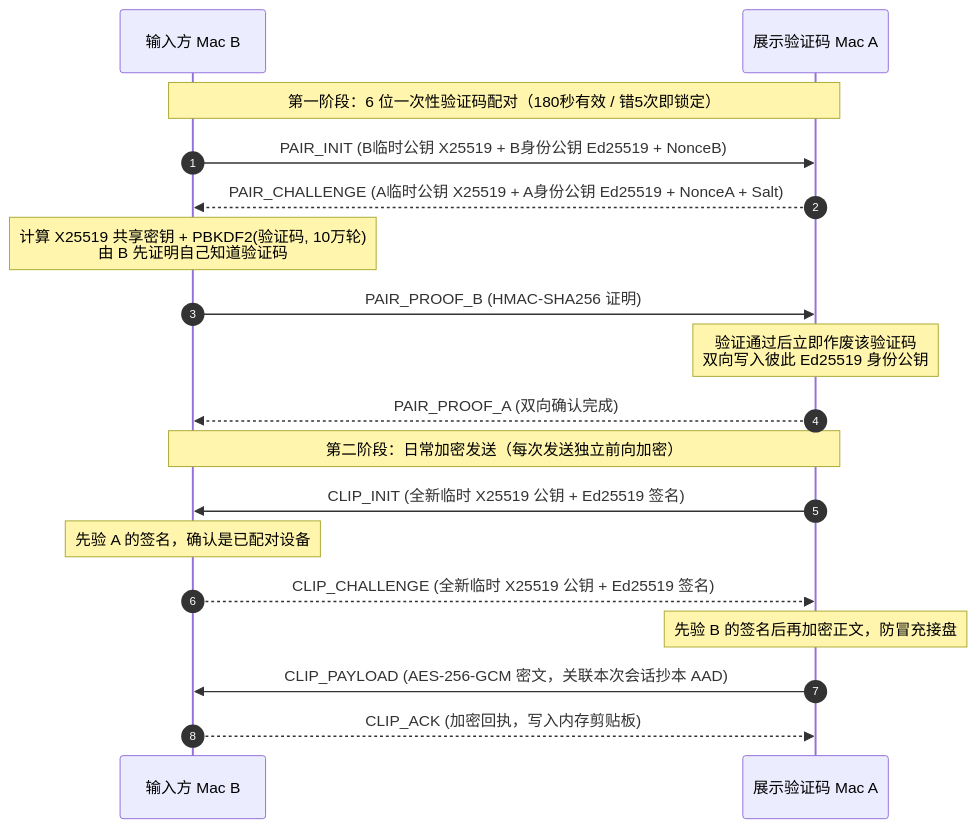
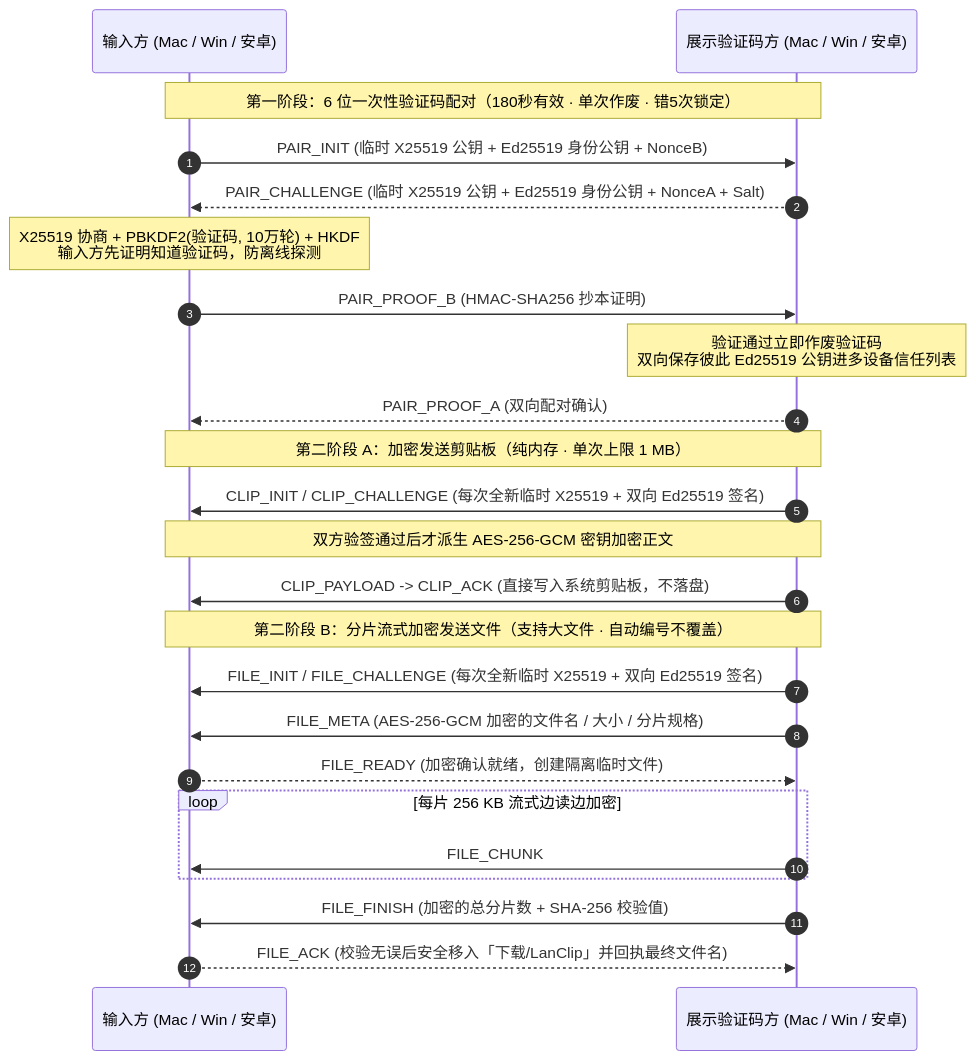
One commit to lintianxu/lan-clip changed the diagram in README.md. Above: the diagram before and after it, drawn with Mermaid. The commit also changed other lines of this file and 51 other files, not shown here.

````diff
--- a/README.md
+++ b/README.md
@@ -38,22 +40,29 @@
 ```mermaid
 sequenceDiagram
     autonumber
-    participant B as 输入方 Mac B
-    participant A as 展示验证码 Mac A
+    participant B as 输入方 (Mac / Win / 安卓)
+    participant A as 展示验证码方 (Mac / Win / 安卓)
 
-    Note over A,B: 第一阶段：6 位一次性验证码配对（180秒有效 / 错5次即锁定）
-    B->>A: PAIR_INIT (B临时公钥 X25519 + B身份公钥 Ed25519 + NonceB)
-    A-->>B: PAIR_CHALLENGE (A临时公钥 X25519 + A身份公钥 Ed25519 + NonceA + Salt)
-    Note over B: 计算 X25519 共享密钥 + PBKDF2(验证码, 10万轮)<br/>由 B 先证明自己知道验证码
-    B->>A: PAIR_PROOF_B (HMAC-SHA256 证明)
-    Note over A: 验证通过后立即作废该验证码<br/>双向写入彼此 Ed25519 身份公钥
-    A-->>B: PAIR_PROOF_A (双向确认完成)
+    Note over A,B: 第一阶段：6 位一次性验证码配对（180秒有效 · 单次作废 · 错5次锁定）
+    B->>A: PAIR_INIT (临时 X25519 公钥 + Ed25519 身份公钥 + NonceB)
+    A-->>B: PAIR_CHALLENGE (临时 X25519 公钥 + Ed25519 身份公钥 + NonceA + Salt)
+    Note over B: X25519 协商 + PBKDF2(验证码, 10万轮) + HKDF<br/>输入方先证明知道验证码，防离线探测
+    B->>A: PAIR_PROOF_B (HMAC-SHA256 抄本证明)
+    Note over A: 验证通过立即作废验证码<br/>双向保存彼此 Ed25519 公钥进多设备信任列表
+    A-->>B: PAIR_PROOF_A (双向配对确认)
 
-    Note over A,B: 第二阶段：日常加密发送（每次发送独立前向加密）
-    A->>B: CLIP_INIT (全新临时 X25519 公钥 + Ed25519 签名)
-    Note over B: 先验 A 的签名，确认是已配对设备
-    B-->>A: CLIP_CHALLENGE (全新临时 X25519 公钥 + Ed25519 签名)
-    Note over A: 先验 B 的签名后再加密正文，防冒充接盘
-    A->>B: CLIP_PAYLOAD (AES-256-GCM 密文，关联本次会话抄本 AAD)
-    B-->>A: CLIP_ACK (加密回执，写入内存剪贴板)
+    Note over A,B: 第二阶段 A：加密发送剪贴板（纯内存 · 单次上限 1 MB）
+    A->>B: CLIP_INIT / CLIP_CHALLENGE (每次全新临时 X25519 + 双向 Ed25519 签名)
+    Note over A,B: 双方验签通过后才派生 AES-256-GCM 密钥加密正文
+    A->>B: CLIP_PAYLOAD -> CLIP_ACK (直接写入系统剪贴板，不落盘)
+
+    Note over A,B: 第二阶段 B：分片流式加密发送文件（支持大文件 · 自动编号不覆盖）
+    A->>B: FILE_INIT / FILE_CHALLENGE (每次全新临时 X25519 + 双向 Ed25519 签名)
+    A->>B: FILE_META (AES-256-GCM 加密的文件名 / 大小 / 分片规格)
+    B-->>A: FILE_READY (加密确认就绪，创建隔离临时文件)
+    loop 每片 256 KB 流式边读边加密
+        A->>B: FILE_CHUNK #i (确定性序号 Nonce + AES-256-GCM 密文)
+    end
+    A->>B: FILE_FINISH (加密的总分片数 + SHA-256 校验值)
+    B-->>A: FILE_ACK (校验无误后安全移入「下载/LanClip」并回执最终文件名)
 ```
````
